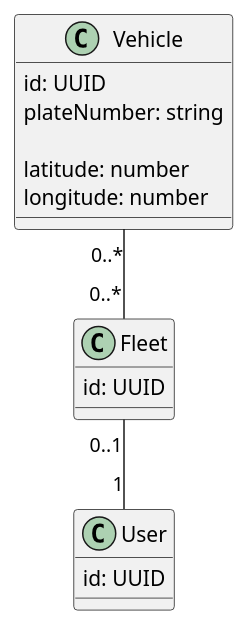
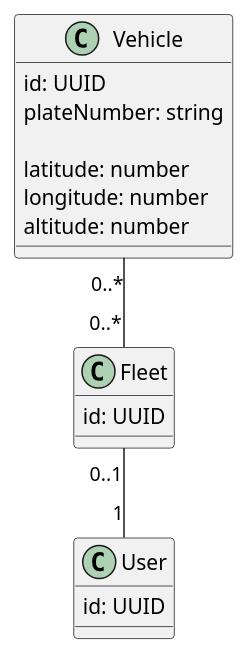
Before and after one commit to srobfr/fulll-hiring: the diagram in Backend/Node/doc/Domain.puml, drawn with PlantUML. The commit also changed 37 other files, not shown here.

```diff
--- a/Backend/Node/doc/Domain.puml
+++ b/Backend/Node/doc/Domain.puml
@@ -1,24 +1,25 @@
 @startuml
 
 ' Domain model for the Fulll Vehicle fleet parking management system
 
 class Vehicle {
     id: UUID
     plateNumber: string
 
     latitude: number
     longitude: number
+    altitude: number
 }
 
 class User {
     id: UUID
 }
 
 class Fleet {
     id: UUID
 }
 
 Fleet "0..1" -- "1" User
 Vehicle "0..*" -- "0..*" Fleet
 
 @enduml
```
